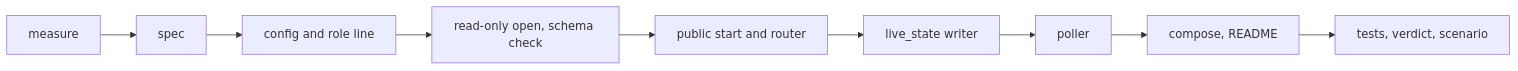
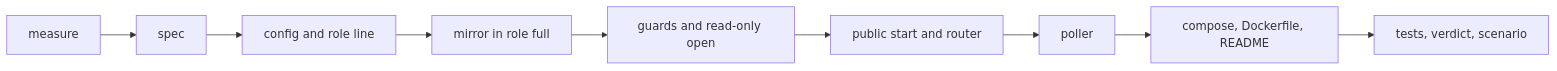
The fourth of 4 diagrams in docs/cr/CR-0028-public-instance.md (desek/agentloupe), drawn with Mermaid before and after one commit. The commit also changed other lines of this file, not shown here.

Commit message:
docs(cr): CR-0028 amended so the public instance has no access to non-public data, proposed (CR-0028)

````diff
--- a/docs/cr/CR-0028-public-instance.md
+++ b/docs/cr/CR-0028-public-instance.md
@@ -310,4 +341,4 @@
 ```mermaid
 flowchart LR
-  M["measure"] --> S["spec"] --> C["config and role line"] --> RO["read-only open, schema check"] --> RT["public start and router"] --> LS["live_state writer"] --> PO["poller"] --> CO["compose, README"] --> T["tests, verdict, scenario"]
+  M["measure"] --> S["spec"] --> C["config and role line"] --> MI["mirror in role full"] --> G["guards and read-only open"] --> RT["public start and router"] --> PO["poller"] --> CO["compose, Dockerfile, README"] --> T["tests, verdict, scenario"]
 ```
````
